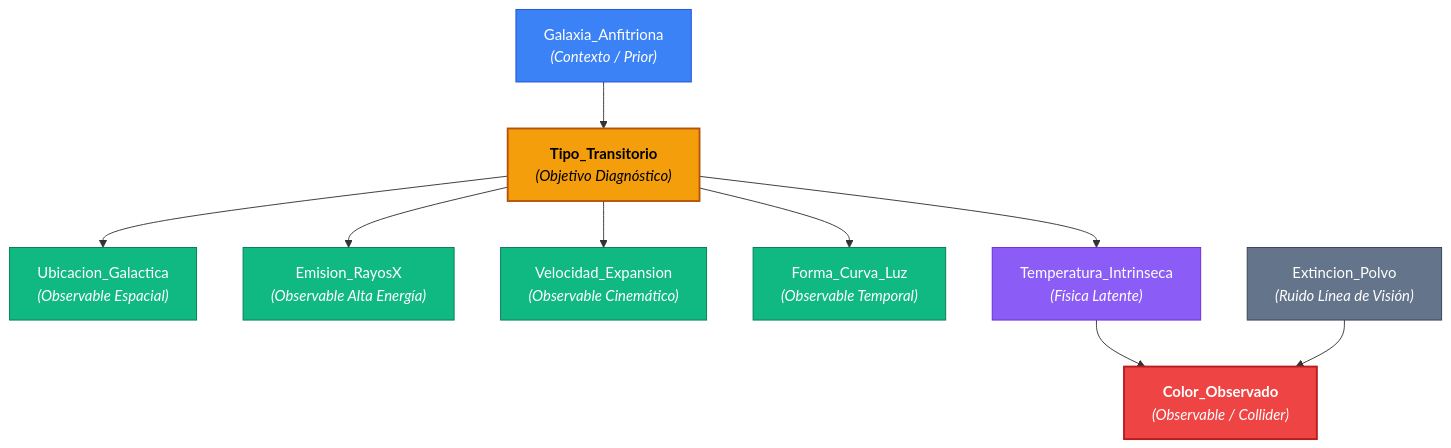
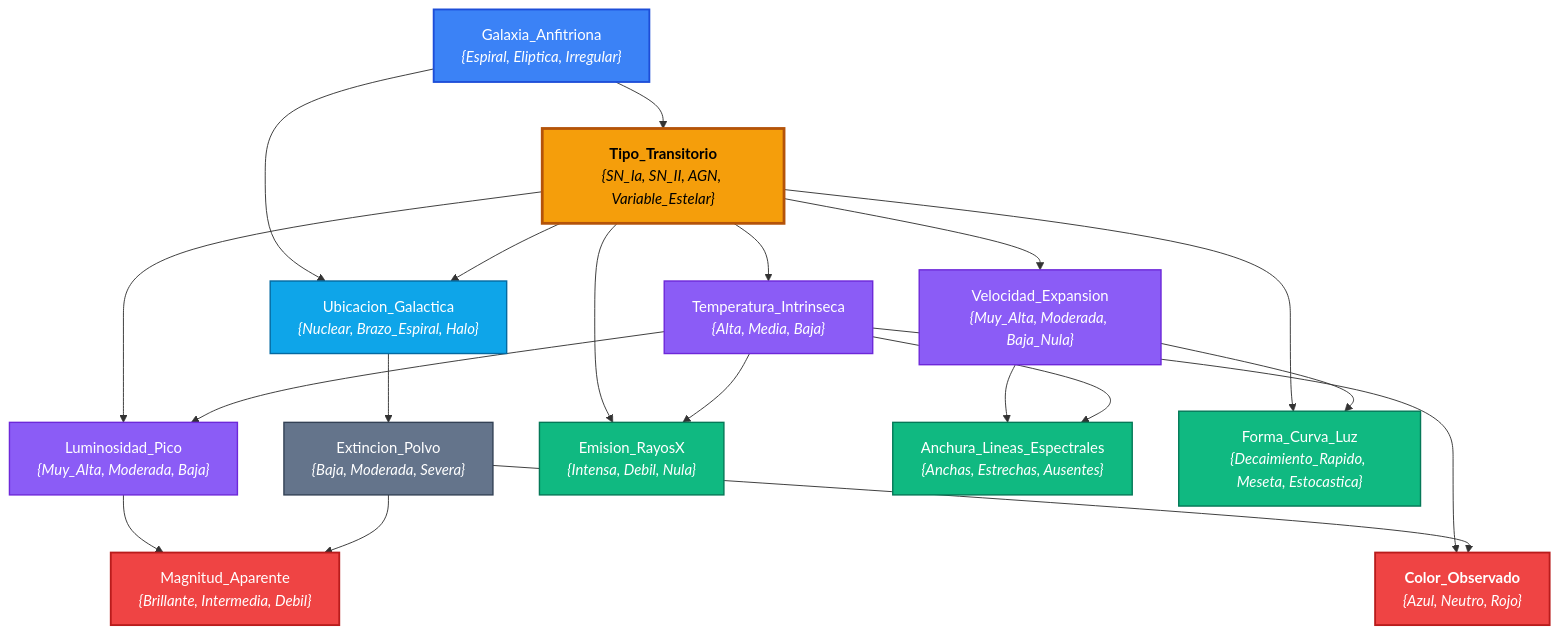
One commit to hugo-martinez-hme/transitorios changed the second of 2 diagrams in docs/diseno_arquitectura_variables.md. Above: the diagram before and after it, drawn with Mermaid. The commit also changed other lines of this file, not shown here.

Commit message:
docs: ampliar topologia causal a 12 nodos en 4 niveles y simplificar diagrama MVC

````diff
--- a/docs/diseno_arquitectura_variables.md
+++ b/docs/diseno_arquitectura_variables.md
@@ -102,38 +100,66 @@
 ```mermaid
 flowchart TD
-    %% Nodos
-    G["Galaxia_Anfitriona<br><i>(Contexto / Prior)</i>"]
-    T["<b>Tipo_Transitorio</b><br><i>(Objetivo Diagnóstico)</i>"]
-    
-    U["Ubicacion_Galactica<br><i>(Observable Espacial)</i>"]
-    X["Emision_RayosX<br><i>(Observable Alta Energía)</i>"]
-    V["Velocidad_Expansion<br><i>(Observable Cinemático)</i>"]
-    L["Forma_Curva_Luz<br><i>(Observable Temporal)</i>"]
-    
-    Temp["Temperatura_Intrinseca<br><i>(Física Latente)</i>"]
-    Polvo["Extincion_Polvo<br><i>(Ruido Línea de Visión)</i>"]
-    C["<b>Color_Observado</b><br><i>(Observable / Collider)</i>"]
+    %% Nivel 1: Prior Contextual
+    G["Galaxia_Anfitriona<br><i>{Espiral, Eliptica, Irregular}</i>"]
 
-    %% Enlaces Causales
+    %% Nivel 2: Nodo Objetivo
+    T["<b>Tipo_Transitorio</b><br><i>{SN_Ia, SN_II, AGN, Variable_Estelar}</i>"]
+
+    %% Nivel 3: Estados Físicos Latentes y Entorno Local
+    U["Ubicacion_Galactica<br><i>{Nuclear, Brazo_Espiral, Halo}</i>"]
+    Polvo["Extincion_Polvo<br><i>{Baja, Moderada, Severa}</i>"]
+    Lum["Luminosidad_Pico<br><i>{Muy_Alta, Moderada, Baja}</i>"]
+    Temp["Temperatura_Intrinseca<br><i>{Alta, Media, Baja}</i>"]
+    Vel["Velocidad_Expansion<br><i>{Muy_Alta, Moderada, Baja_Nula}</i>"]
+
+    %% Nivel 4: Observables Instrumentales
+    Mag["Magnitud_Aparente<br><i>{Brillante, Intermedia, Debil}</i>"]
+    Col["<b>Color_Observado</b><br><i>{Azul, Neutro, Rojo}</i>"]
+    X["Emision_RayosX<br><i>{Intensa, Debil, Nula}</i>"]
+    Lin["Anchura_Lineas_Espectrales<br><i>{Anchas, Estrechas, Ausentes}</i>"]
+    Curva["Forma_Curva_Luz<br><i>{Decaimiento_Rapido, Meseta, Estocastica}</i>"]
+
+    %% Enlaces Nivel 1 -> Nivel 2 y 3
     G --> T
+    G --> U
+
+    %% Enlaces Nivel 2 -> Nivel 3 (Física Latente)
     T --> U
+    T --> Lum
+    T --> Temp
+    T --> Vel
+
+    %% Enlaces Internos Nivel 3
+    U --> Polvo
+    Temp --> Lum
+
+    %% Enlaces Nivel 3 -> Nivel 4 (Observables Telescópicos)
+    Lum --> Mag
+    Polvo --> Mag
+
+    Temp --> Col
+    Polvo --> Col
+
     T --> X
-    T --> V
-    T --> L
-    T --> Temp
+    Temp --> X
 
-    %% Estructura en V (Collider)
-    Temp --> C
-    Polvo --> C
+    Vel --> Lin
+    Temp --> Lin
 
-    %% Estilos visuales
-    style T fill:#f59e0b,stroke:#b45309,stroke-width:2px,color:#000
-    style C fill:#ef4444,stroke:#b91c1c,stroke-width:2px,color:#fff
-    style G fill:#3b82f6,stroke:#1d4ed8,stroke-width:1px,color:#fff
-    style Polvo fill:#64748b,stroke:#334155,stroke-width:1px,color:#fff
-    style Temp fill:#8b5cf6,stroke:#6d28d9,stroke-width:1px,color:#fff
-    style U fill:#10b981,stroke:#047857,stroke-width:1px,color:#fff
-    style X fill:#10b981,stroke:#047857,stroke-width:1px,color:#fff
-    style V fill:#10b981,stroke:#047857,stroke-width:1px,color:#fff
-    style L fill:#10b981,stroke:#047857,stroke-width:1px,color:#fff
+    T --> Curva
+    Vel --> Curva
+
+    %% Estilos visuales por rol
+    style G fill:#3b82f6,stroke:#1d4ed8,stroke-width:2px,color:#fff
+    style T fill:#f59e0b,stroke:#b45309,stroke-width:3px,color:#000
+    style U fill:#0ea5e9,stroke:#0369a1,stroke-width:1.5px,color:#fff
+    style Polvo fill:#64748b,stroke:#334155,stroke-width:1.5px,color:#fff
+    style Lum fill:#8b5cf6,stroke:#6d28d9,stroke-width:1.5px,color:#fff
+    style Temp fill:#8b5cf6,stroke:#6d28d9,stroke-width:1.5px,color:#fff
+    style Vel fill:#8b5cf6,stroke:#6d28d9,stroke-width:1.5px,color:#fff
+    style Col fill:#ef4444,stroke:#b91c1c,stroke-width:2px,color:#fff
+    style Mag fill:#ef4444,stroke:#b91c1c,stroke-width:2px,color:#fff
+    style X fill:#10b981,stroke:#047857,stroke-width:1.5px,color:#fff
+    style Lin fill:#10b981,stroke:#047857,stroke-width:1.5px,color:#fff
+    style Curva fill:#10b981,stroke:#047857,stroke-width:1.5px,color:#fff
 ```
````
